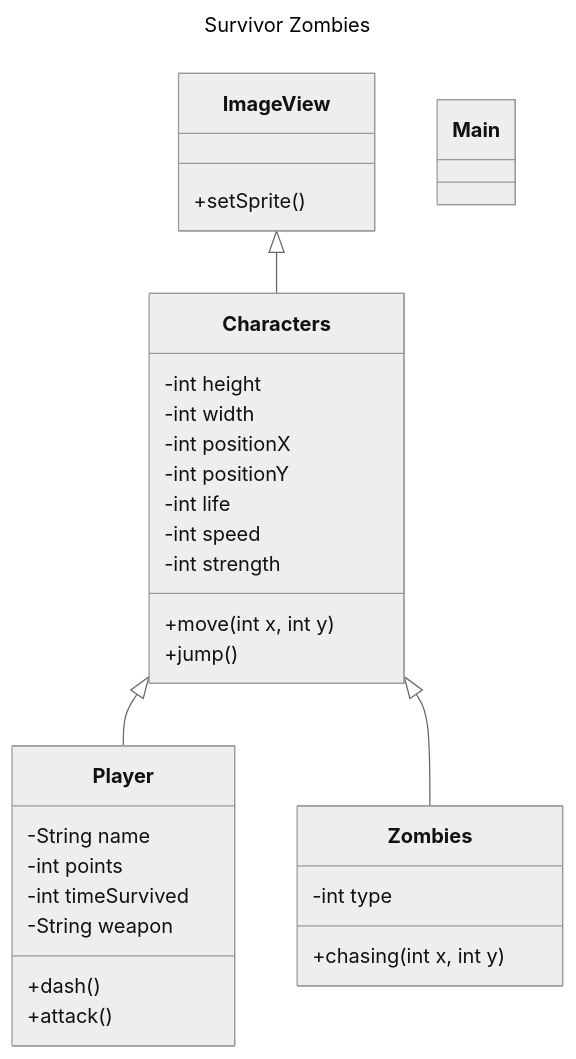
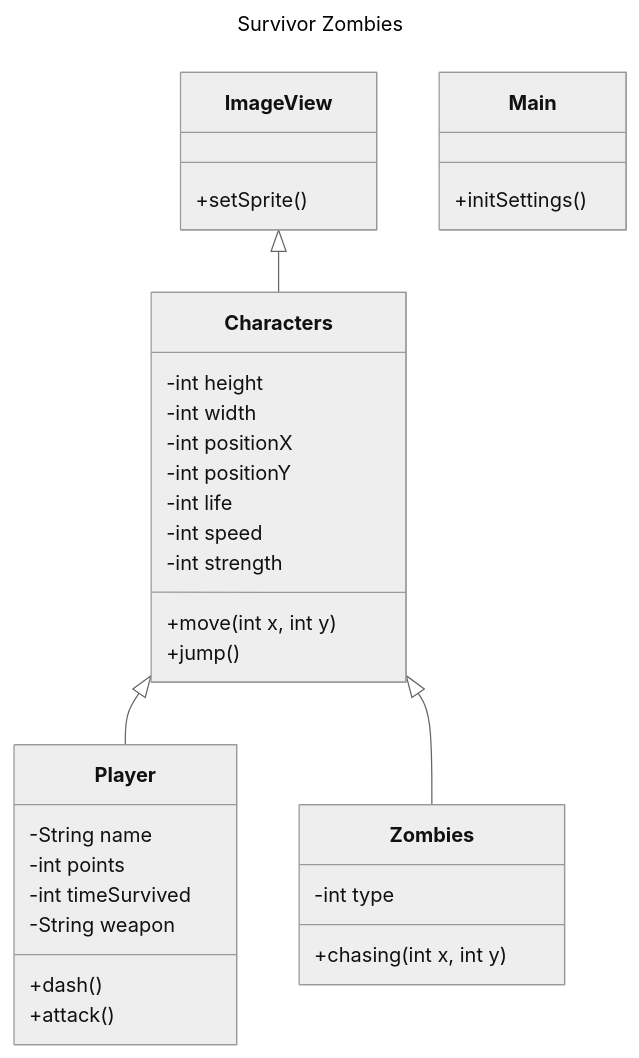
One commit to llei7e/ZombiesAttack changed the diagram in README.md. Above: the diagram before and after it, drawn with Mermaid (neutral theme). The commit also changed other lines of this file, not shown here.

````diff
--- a/README.md
+++ b/README.md
@@ -59,39 +59,39 @@
 ```mermaid
 ---
 title: Survivor Zombies
 ---
 classDiagram
 Characters <|-- Player
 Characters <|-- Zombies
 ImageView <|-- Characters
 
 class Main{
+    +initSettings()
 }
 class ImageView{
     +setSprite()
 }
 class Characters{
     -int height
     -int width
     -int positionX
     -int positionY
     -int life
     -int speed
     -int strength
     +move(int x, int y)
     +jump()
 }
 class Player{
     -String name
     -int points
     -int timeSurvived
     -String weapon
     +dash()
     +attack()
 }
 class Zombies{
     -int type
     +chasing(int x, int y)
-}
-    
+}    
 ```
````
